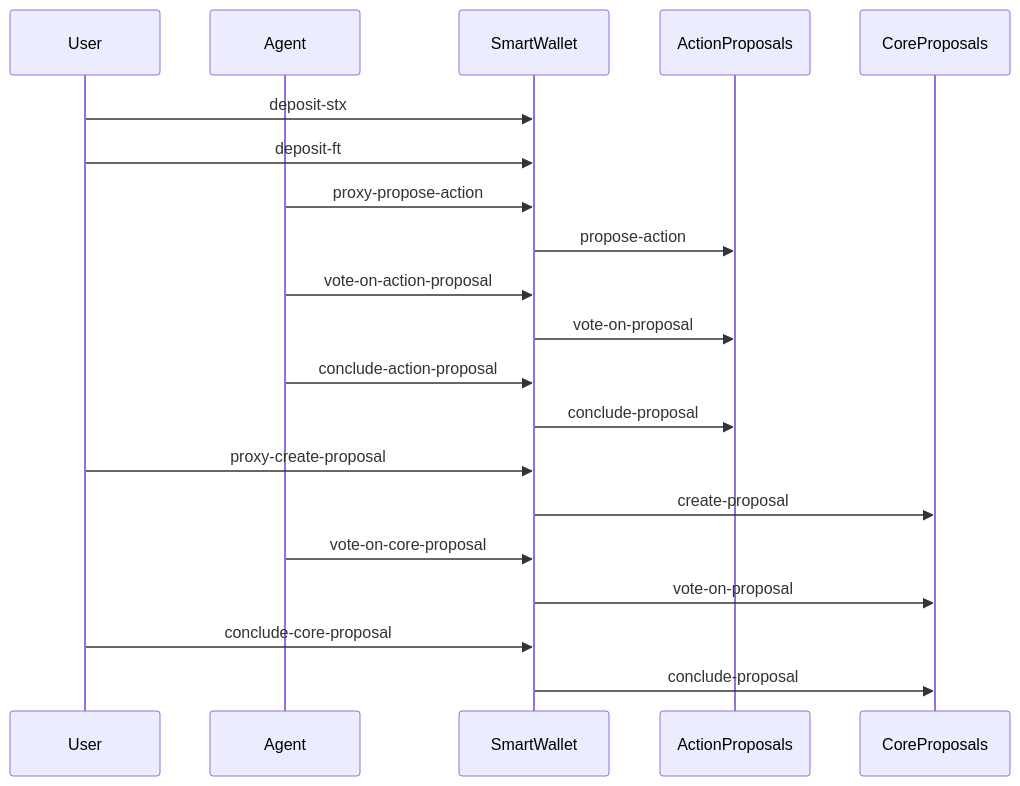
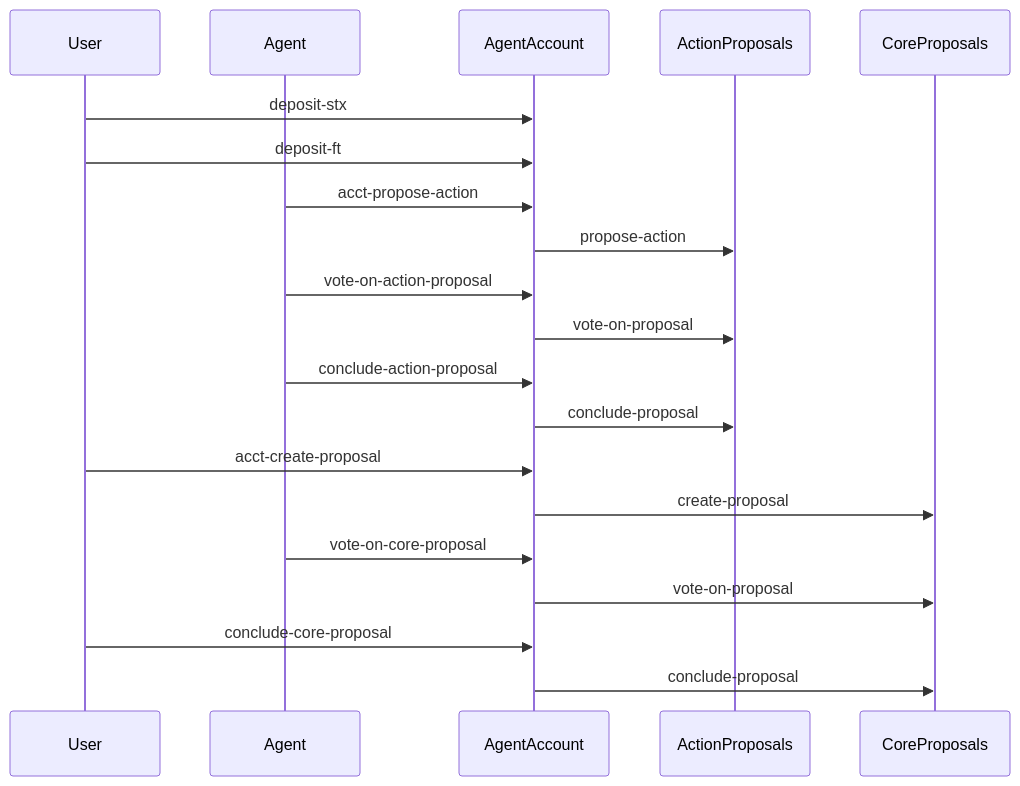
One commit to aibtcdev/aibtcdev-docs changed the first of 2 diagrams in aibtc-contracts/agent-account/README.md. Above: the diagram before and after it, drawn with Mermaid. The commit also changed other lines of this file and 1 other file, not shown here.

Commit message:
refactor: Rename smart-wallet to agent-account in docs and examples

````diff
--- a/aibtc-contracts/agent-account/README.md
+++ b/aibtc-contracts/agent-account/README.md
@@ -157,29 +158,29 @@
 ```mermaid
 sequenceDiagram
     participant User
     participant Agent
-    participant SmartWallet
+    participant AgentAccount
     participant ActionProposals
     participant CoreProposals
     
-    User->>SmartWallet: deposit-stx
-    User->>SmartWallet: deposit-ft
+    User->>AgentAccount: deposit-stx
+    User->>AgentAccount: deposit-ft
     
-    Agent->>SmartWallet: proxy-propose-action
-    SmartWallet->>ActionProposals: propose-action
+    Agent->>AgentAccount: acct-propose-action
+    AgentAccount->>ActionProposals: propose-action
     
-    Agent->>SmartWallet: vote-on-action-proposal
-    SmartWallet->>ActionProposals: vote-on-proposal
+    Agent->>AgentAccount: vote-on-action-proposal
+    AgentAccount->>ActionProposals: vote-on-proposal
     
-    Agent->>SmartWallet: conclude-action-proposal
-    SmartWallet->>ActionProposals: conclude-proposal
+    Agent->>AgentAccount: conclude-action-proposal
+    AgentAccount->>ActionProposals: conclude-proposal
     
-    User->>SmartWallet: proxy-create-proposal
-    SmartWallet->>CoreProposals: create-proposal
+    User->>AgentAccount: acct-create-proposal
+    AgentAccount->>CoreProposals: create-proposal
     
-    Agent->>SmartWallet: vote-on-core-proposal
-    SmartWallet->>CoreProposals: vote-on-proposal
+    Agent->>AgentAccount: vote-on-core-proposal
+    AgentAccount->>CoreProposals: vote-on-proposal
     
-    User->>SmartWallet: conclude-core-proposal
-    SmartWallet->>CoreProposals: conclude-proposal
+    User->>AgentAccount: conclude-core-proposal
+    AgentAccount->>CoreProposals: conclude-proposal
 ```
````
